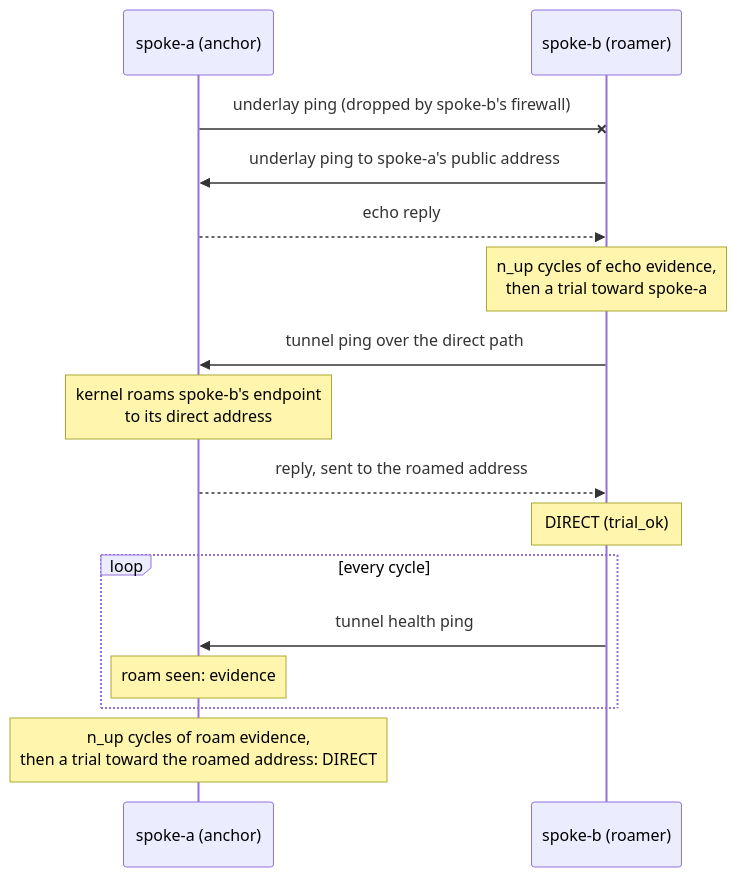
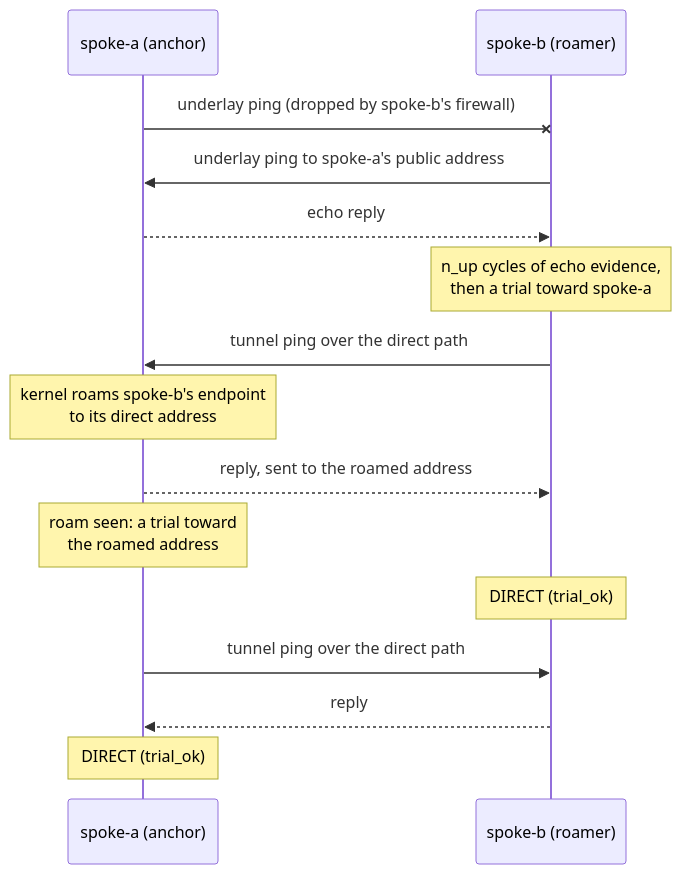
One commit to m00qek/wgpathd changed the second of 2 diagrams in docs/explanation/state-machine.md. Above: the diagram before and after it, drawn with Mermaid. The commit also changed other lines of this file and 6 other files, not shown here.

First line of the commit message:
Docs: relay traffic and the tunnel probe (R4), roam trials

````diff
--- a/docs/explanation/state-machine.md
+++ b/docs/explanation/state-machine.md
@@ -61,18 +76,17 @@
 ```mermaid
 sequenceDiagram
     participant A as spoke-a (anchor)
     participant B as spoke-b (roamer)
     A-xB: underlay ping (dropped by spoke-b's firewall)
     B->>A: underlay ping to spoke-a's public address
     A-->>B: echo reply
     Note over B: n_up cycles of echo evidence,<br/>then a trial toward spoke-a
     B->>A: tunnel ping over the direct path
     Note over A: kernel roams spoke-b's endpoint<br/>to its direct address
     A-->>B: reply, sent to the roamed address
+    Note over A: roam seen: a trial toward<br/>the roamed address
     Note over B: DIRECT (trial_ok)
-    loop every cycle
-        B->>A: tunnel health ping
-        Note over A: roam seen: evidence
-    end
-    Note over A: n_up cycles of roam evidence,<br/>then a trial toward the roamed address: DIRECT
+    A->>B: tunnel ping over the direct path
+    B-->>A: reply
+    Note over A: DIRECT (trial_ok)
 ```
````
